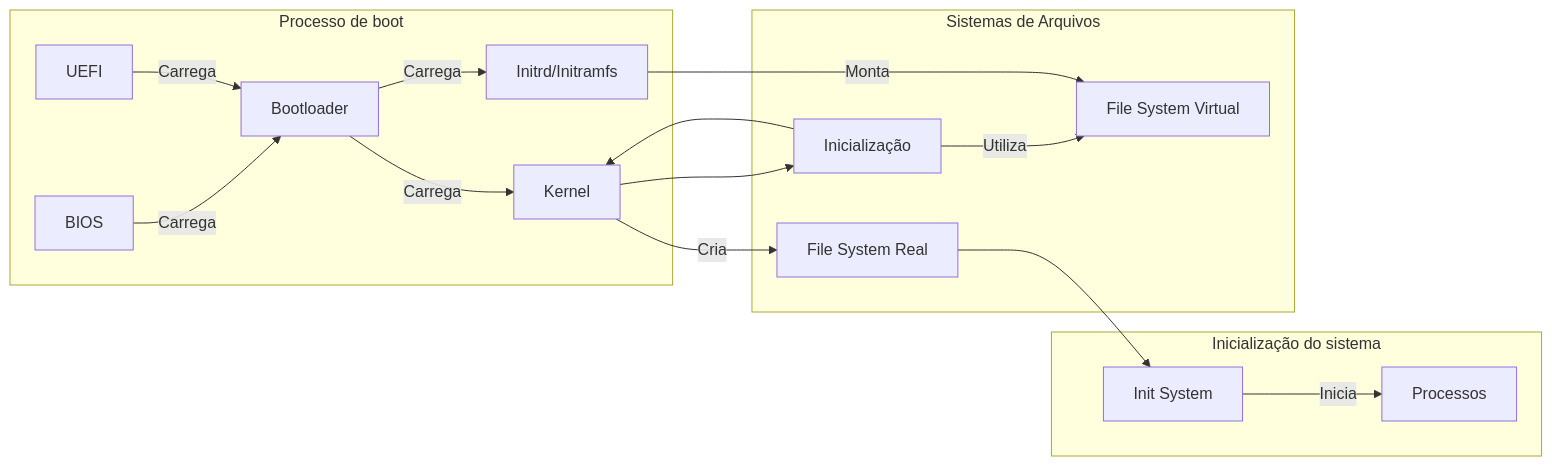
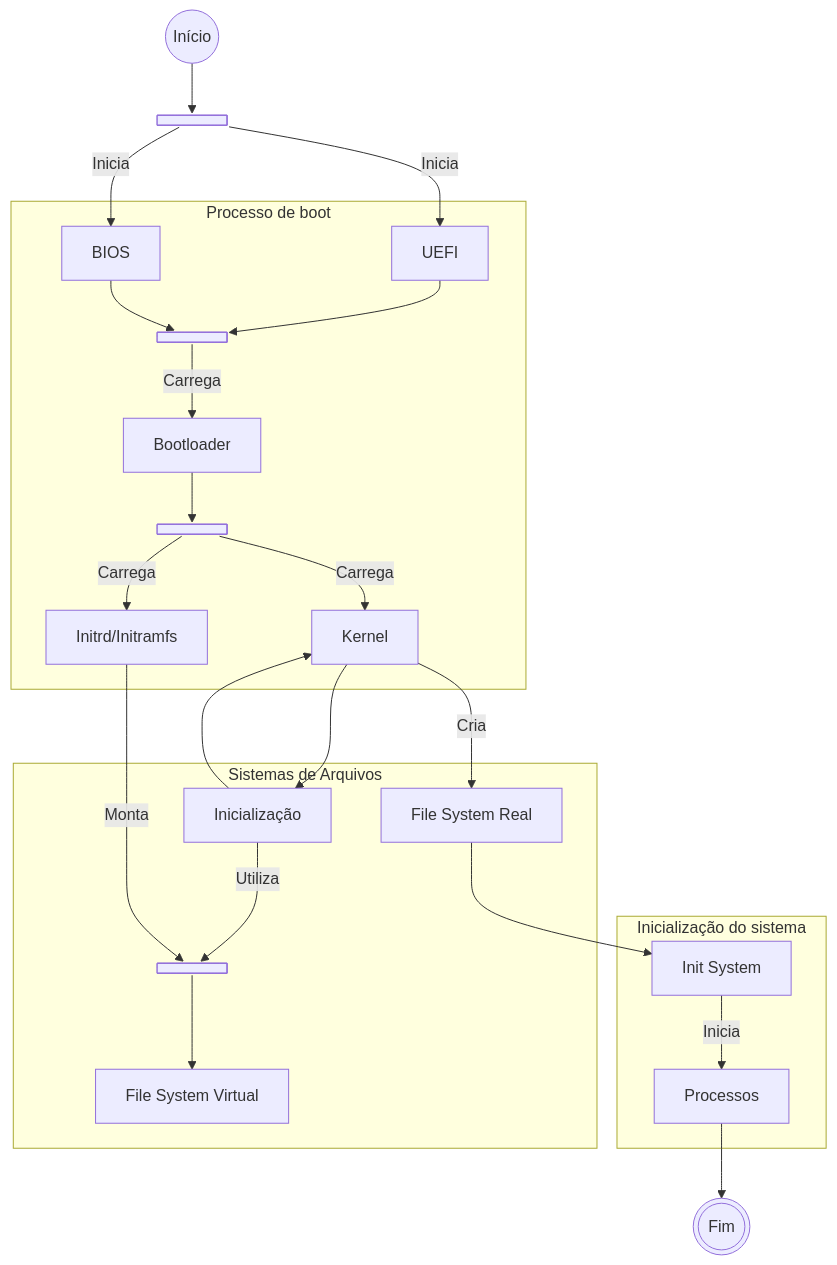
Before and after one commit to FelpzzzEX/LecOS: the diagram in Sistema_Principal/Modulo 1 - Inicio/1-Ambiente.md, drawn with Mermaid. The commit also changed other lines of this file and 1 other file, not shown here.

Commit message:
docs: Ajustes nos diagramas da etapa 0 e 1

````diff
--- a/Sistema_Principal/Modulo 1 - Inicio/1-Ambiente.md
+++ b/Sistema_Principal/Modulo 1 - Inicio/1-Ambiente.md
@@ -74,28 +74,40 @@
 ```mermaid
-flowchart LR
-    subgraph Boot["Processo de boot"]
-      A["BIOS"] -->|Carrega| B["Bootloader"]
-      C["UEFI"] -->|Carrega| B
-      B -->|Carrega| D["Kernel"]
-      B -->|Carrega| E["Initrd/Initramfs"]
-    end
+flowchart TD
+  O@{ shape: circle, label: "Início" }
+  P@{ shape: fork, label: "Fork" }
+  Q@{ shape: fork, label: "Join" }
+  R@{ shape: fork, label: "Fork" }
 
-    subgraph Init["Inicialização do sistema"]
-      F["Init System"]
-      F -->|Inicia| G["Processos"]
-    end
+  O-->P
+  P-->|Inicia|A
+  P-->|Inicia|C
+  subgraph Boot["Processo de boot"]
+    A["UEFI"]-->Q
+    C["BIOS"]-->Q
+    Q-->|Carrega| B["Bootloader"]
+    B-->R
+    R -->|Carrega| D["Kernel"]
+    R -->|Carrega| E["Initrd/Initramfs"]
+  end
 
-    subgraph FS["Sistemas de Arquivos"]
-      H["File System Virtual"]
-      I["File System Real"]
-      J["Inicialização"]
-      J -->|Utiliza| H
-    end
+  subgraph Init["Inicialização do sistema"]
+    F["Init System"]
+    F -->|Inicia| G["Processos"]
+  end
 
-    E -->|Monta| H
-    D -->|Cria| I
-    D --> J
-    J --> D
-    I --> F
-    
+  subgraph FS["Sistemas de Arquivos"]
+    H["File System Virtual"]
+    S@{ shape: fork, label: "Join" }
+    I["File System Real"]
+    J["Inicialização"]
+    J -->|Utiliza| S
+    S-->H
+  end
+
+  E -->|Monta| S
+  D -->|Cria| I
+  D --> J
+  J --> D
+  I --> F  
+  G-->T@{ shape: dbl-circ, label: "Fim"}
 ```
````
